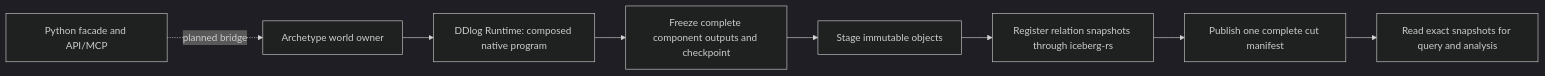
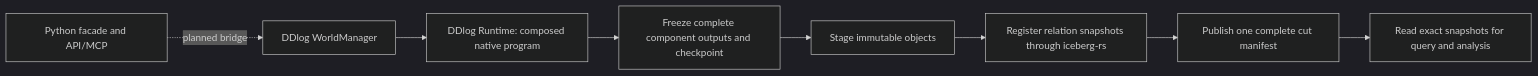
The diagram in docs/guide/ddlog-runtime.md (VangelisTech/archetype), drawn with Mermaid (dark theme) before and after one commit. The commit also changed other lines of this file and 13 other files, not shown here.

````diff
--- a/docs/guide/ddlog-runtime.md
+++ b/docs/guide/ddlog-runtime.md
@@ -21,10 +27,10 @@
 ```mermaid
 flowchart LR
-    P[Python facade and API/MCP] -. planned bridge .-> W[Archetype world owner]
+    P[Python facade and API/MCP] -. planned bridge .-> W[DDlog WorldManager]
     W --> D[DDlog Runtime: composed native program]
     D --> F[Freeze complete component outputs and checkpoint]
     F --> O[Stage immutable objects]
     O --> I[Register relation snapshots through iceberg-rs]
     I --> C[Publish one complete cut manifest]
     C --> Q[Read exact snapshots for query and analysis]
 ```
````
